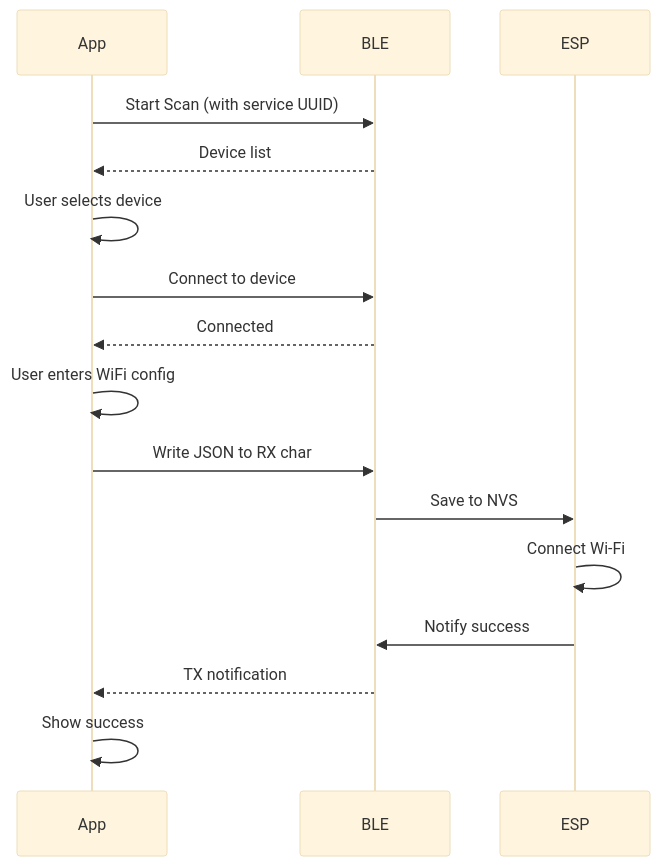
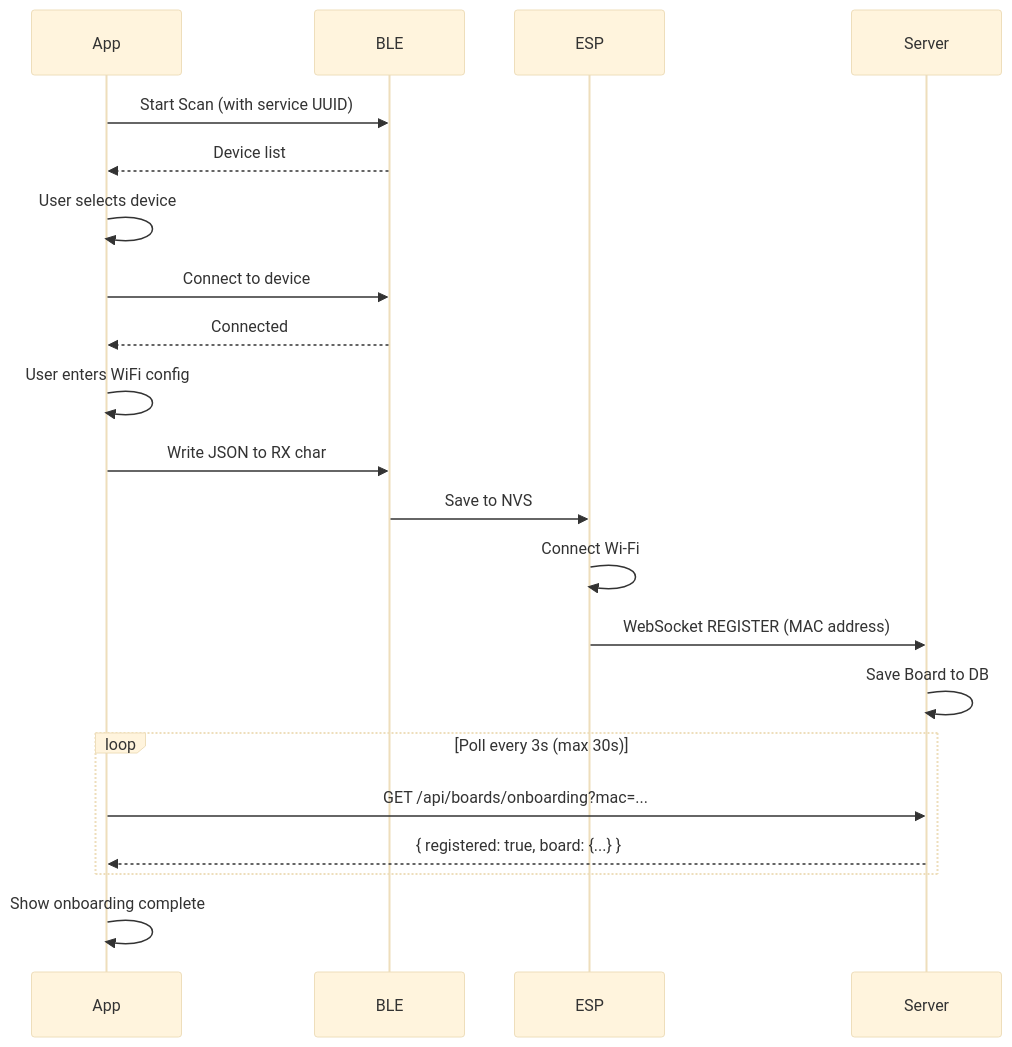
One commit to hyunu/nexio changed the fourth of 4 diagrams in apps/mobile/design.md. Above: the diagram before and after it, drawn with Mermaid (base theme). The commit also changed other lines of this file and 25 other files, not shown here.

````diff
--- a/apps/mobile/design.md
+++ b/apps/mobile/design.md
@@ -150,22 +194,29 @@
 ```mermaid
 sequenceDiagram
     participant App
     participant BLE
     participant ESP
+    participant Server
 
     App->>BLE: Start Scan (with service UUID)
     BLE-->>App: Device list
 
     App->>App: User selects device
     App->>BLE: Connect to device
     BLE-->>App: Connected
 
     App->>App: User enters WiFi config
     App->>BLE: Write JSON to RX char
     BLE->>ESP: Save to NVS
 
     ESP->>ESP: Connect Wi-Fi
-    ESP->>BLE: Notify success
-    BLE-->>App: TX notification
-    App->>App: Show success
+    ESP->>Server: WebSocket REGISTER (MAC address)
+    Server->>Server: Save Board to DB
+
+    loop Poll every 3s (max 30s)
+        App->>Server: GET /api/boards/onboarding?mac=...
+        Server-->>App: { registered: true, board: {...} }
+    end
+
+    App->>App: Show onboarding complete
 ```
````
